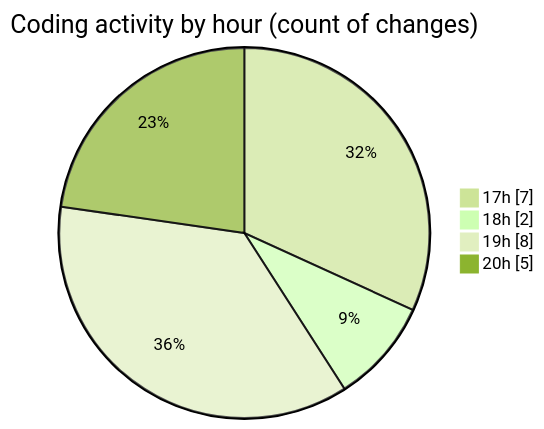
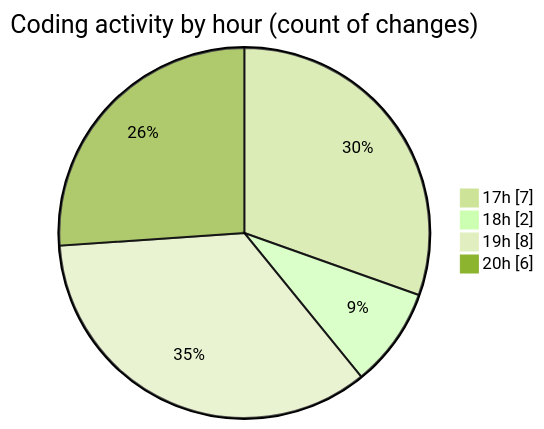
Before and after one commit to MatusMokan/code-tracking: the second of 2 diagrams in 2025-01-12/myws__workspace_/README.md, drawn with Mermaid (forest theme). The commit also changed other lines of this file and 1 other file, not shown here.

````diff
--- a/2025-01-12/myws__workspace_/README.md
+++ b/2025-01-12/myws__workspace_/README.md
@@ -29,8 +29,8 @@
 ```mermaid
 pie showData
 title Coding activity by hour (count of changes)
 "17h" : 7
 "18h" : 2
 "19h" : 8
-"20h" : 5
+"20h" : 6
 ```
````
